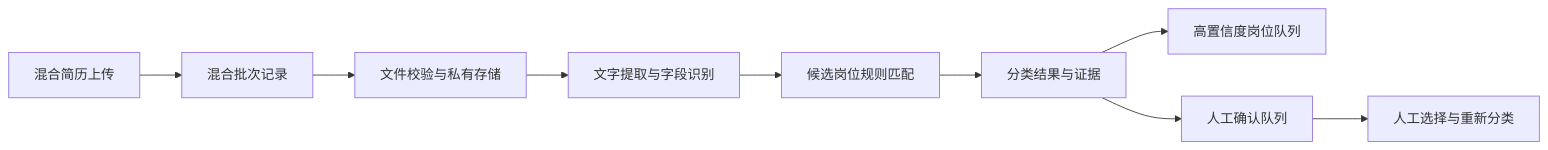
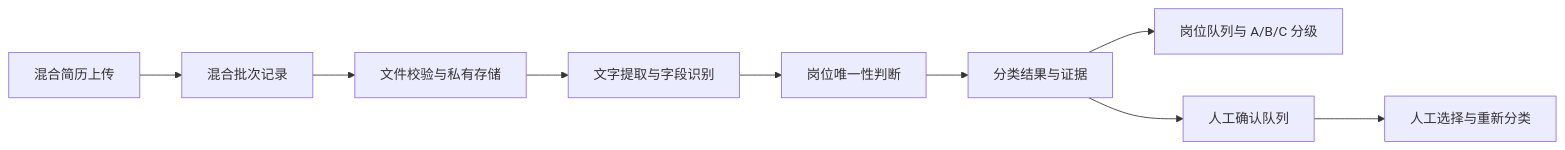
One commit to nn190yxn/zhuiguangxiaoniu changed the diagram in .monkeycode/specs/2026-08-10-mixed-resume-auto-classification/design.md. Above: the diagram before and after it, drawn with Mermaid. The commit also changed other lines of this file and 5 other files, not shown here.

````diff
--- a/.monkeycode/specs/2026-08-10-mixed-resume-auto-classification/design.md
+++ b/.monkeycode/specs/2026-08-10-mixed-resume-auto-classification/design.md
@@ -12,11 +12,11 @@
 ```mermaid
 flowchart LR
     A["混合简历上传"] --> B["混合批次记录"]
     B --> C["文件校验与私有存储"]
     C --> D["文字提取与字段识别"]
-    D --> E["候选岗位规则匹配"]
+    D --> E["岗位唯一性判断"]
     E --> F["分类结果与证据"]
-    F --> G["高置信度岗位队列"]
+    F --> G["岗位队列与 A/B/C 分级"]
     F --> H["人工确认队列"]
     H --> I["人工选择与重新分类"]
 ```
````
